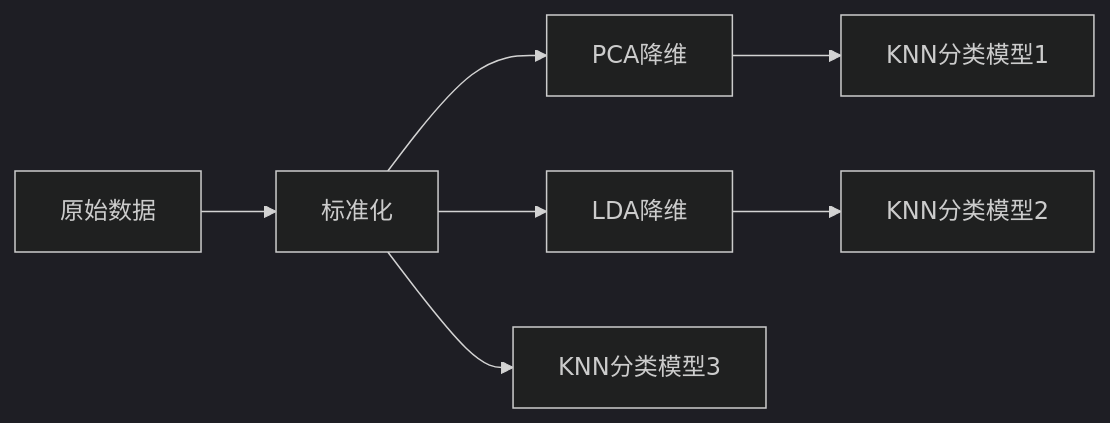
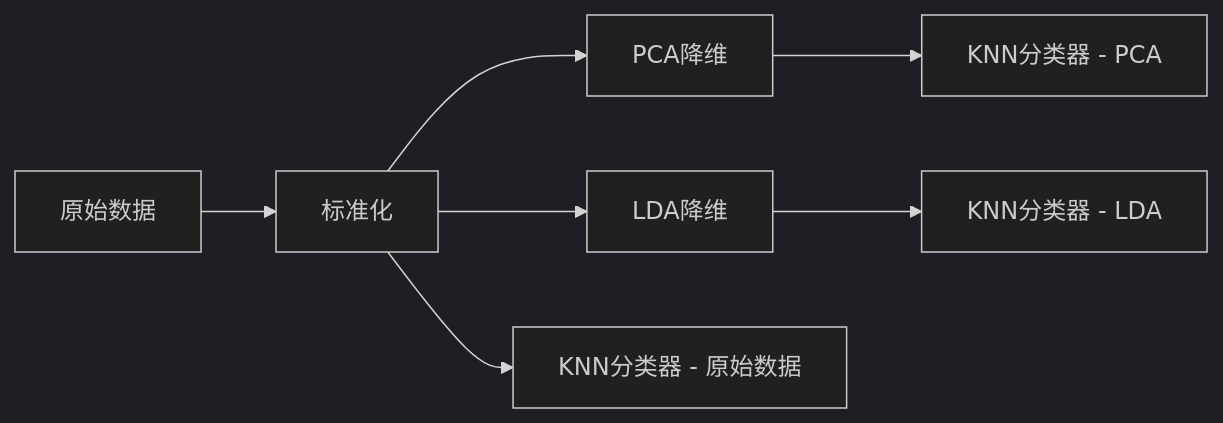
The diagram in README.md (djj316/Data-Reduction), drawn with Mermaid (dark theme) before and after one commit. The commit also changed other lines of this file, not shown here.

````diff
--- a/README.md
+++ b/README.md
@@ -50,9 +59,9 @@
 ```mermaid
 graph LR
 A[原始数据] --> B[标准化]
 B --> C[PCA降维]
 B --> D[LDA降维]
-C --> E[KNN分类模型1]
-D --> F[KNN分类模型2]
-B --> G[KNN分类模型3]
+C --> E[KNN分类器 - PCA]
+D --> F[KNN分类器 - LDA]
+B --> G[KNN分类器 - 原始数据]
 ```
````
